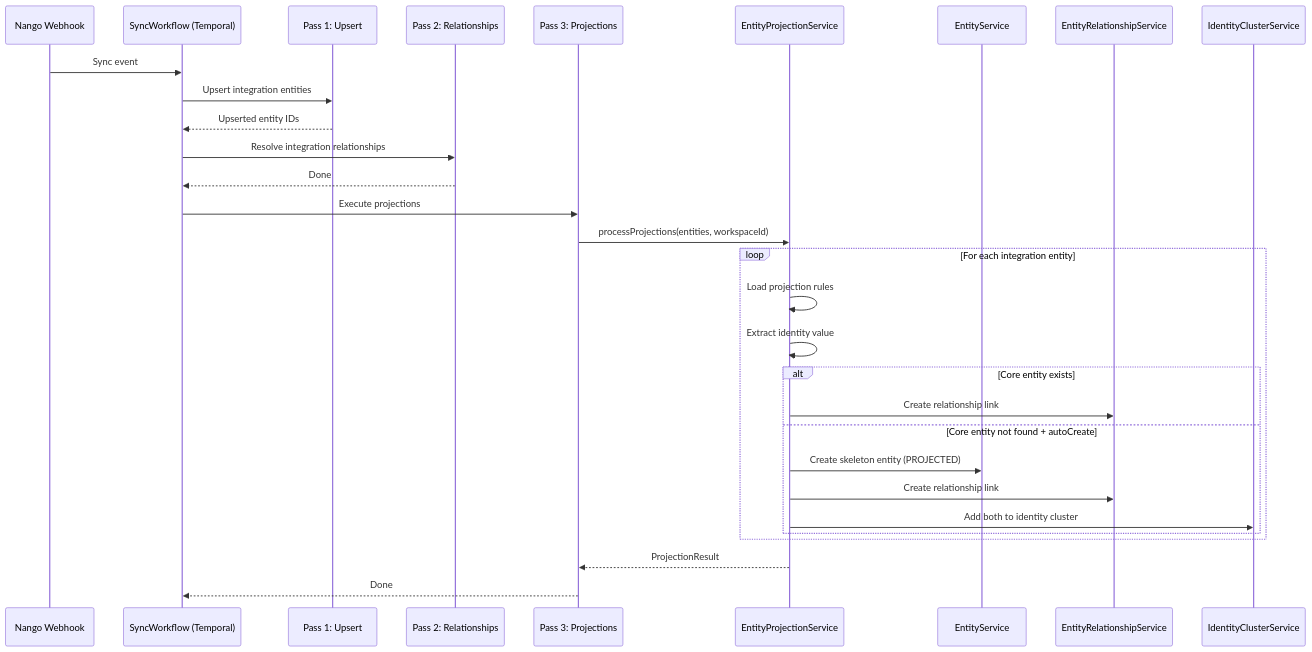
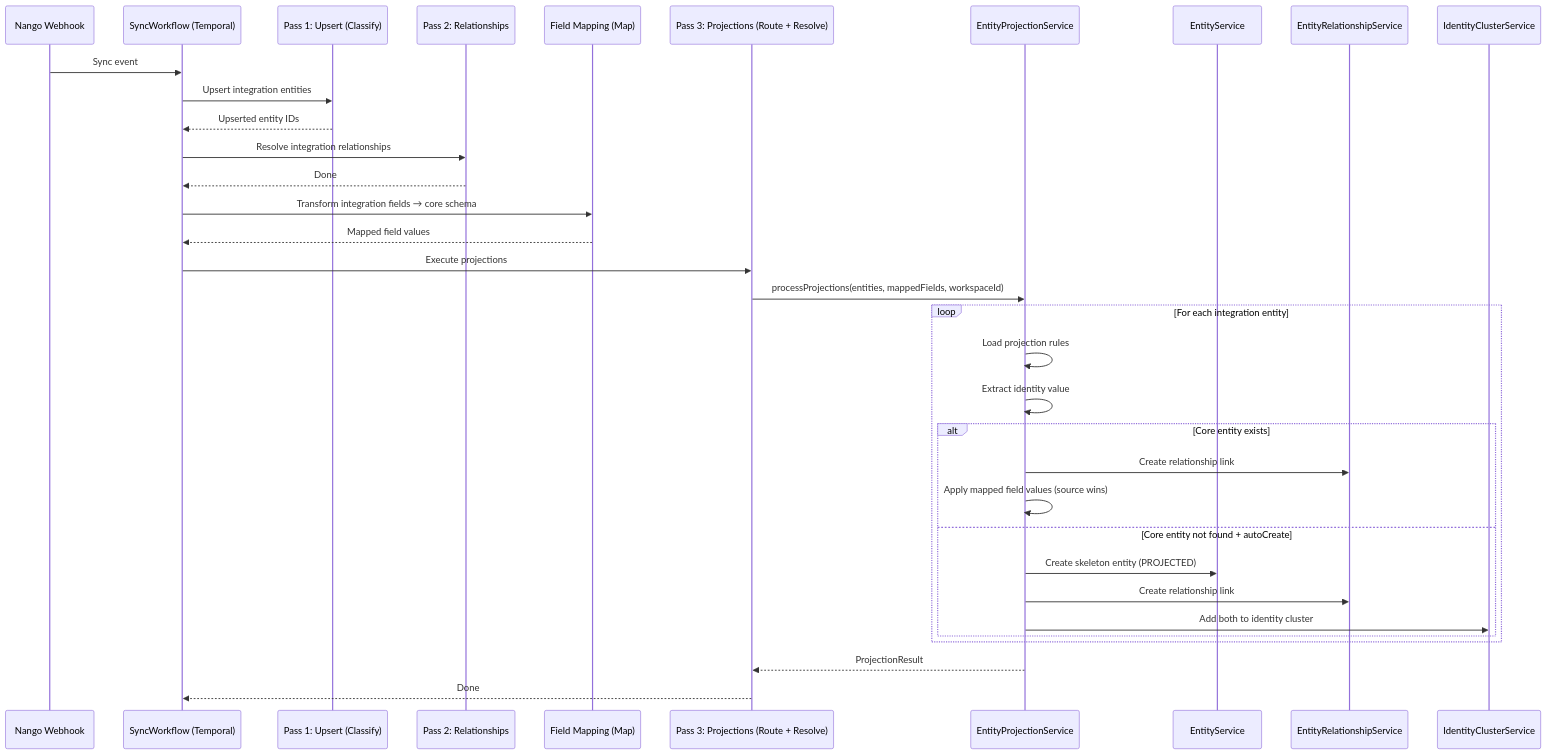
Before and after one commit to rmr-studio/cranium: the second of 2 diagrams in docs/system-design/feature-design/1. Planning/Smart Projection Architecture.md, drawn with Mermaid. The commit also changed other lines of this file and 25 other files, not shown here.

````diff
--- a/docs/system-design/feature-design/1. Planning/Smart Projection Architecture.md
+++ b/docs/system-design/feature-design/1. Planning/Smart Projection Architecture.md
@@ -445,36 +501,40 @@
 ```mermaid
 sequenceDiagram
     participant NW as Nango Webhook
     participant SW as SyncWorkflow (Temporal)
-    participant P1 as Pass 1: Upsert
+    participant P1 as Pass 1: Upsert (Classify)
     participant P2 as Pass 2: Relationships
-    participant P3 as Pass 3: Projections
+    participant FM as Field Mapping (Map)
+    participant P3 as Pass 3: Projections (Route + Resolve)
     participant EPS as EntityProjectionService
     participant ES as EntityService
     participant ERS as EntityRelationshipService
     participant IC as IdentityClusterService
 
     NW->>SW: Sync event
     SW->>P1: Upsert integration entities
     P1-->>SW: Upserted entity IDs
     SW->>P2: Resolve integration relationships
     P2-->>SW: Done
+    SW->>FM: Transform integration fields → core schema
+    FM-->>SW: Mapped field values
     SW->>P3: Execute projections
-    P3->>EPS: processProjections(entities, workspaceId)
+    P3->>EPS: processProjections(entities, mappedFields, workspaceId)
 
     loop For each integration entity
         EPS->>EPS: Load projection rules
         EPS->>EPS: Extract identity value
 
         alt Core entity exists
             EPS->>ERS: Create relationship link
+            EPS->>EPS: Apply mapped field values (source wins)
         else Core entity not found + autoCreate
             EPS->>ES: Create skeleton entity (PROJECTED)
             EPS->>ERS: Create relationship link
             EPS->>IC: Add both to identity cluster
         end
     end
 
     EPS-->>P3: ProjectionResult
     P3-->>SW: Done
 ```
````
